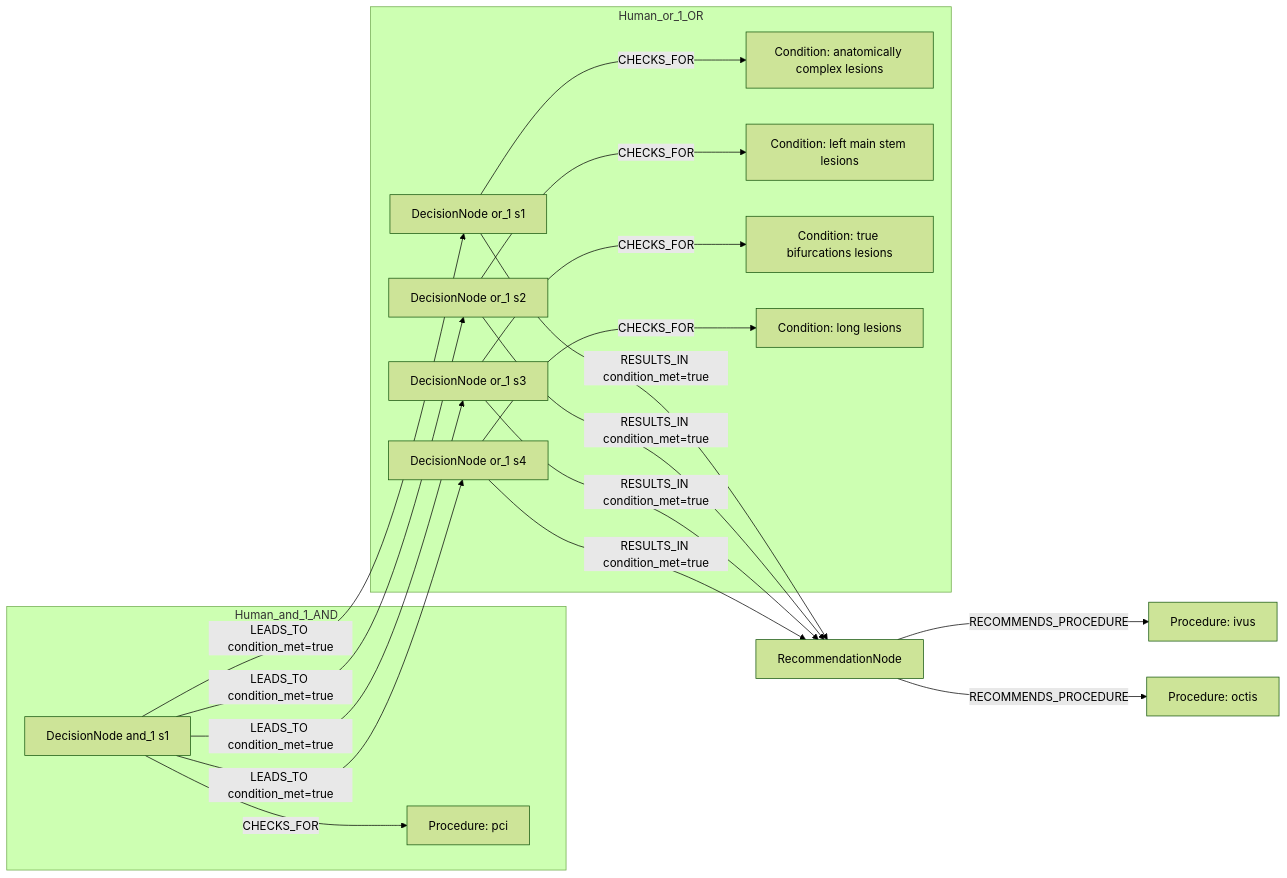
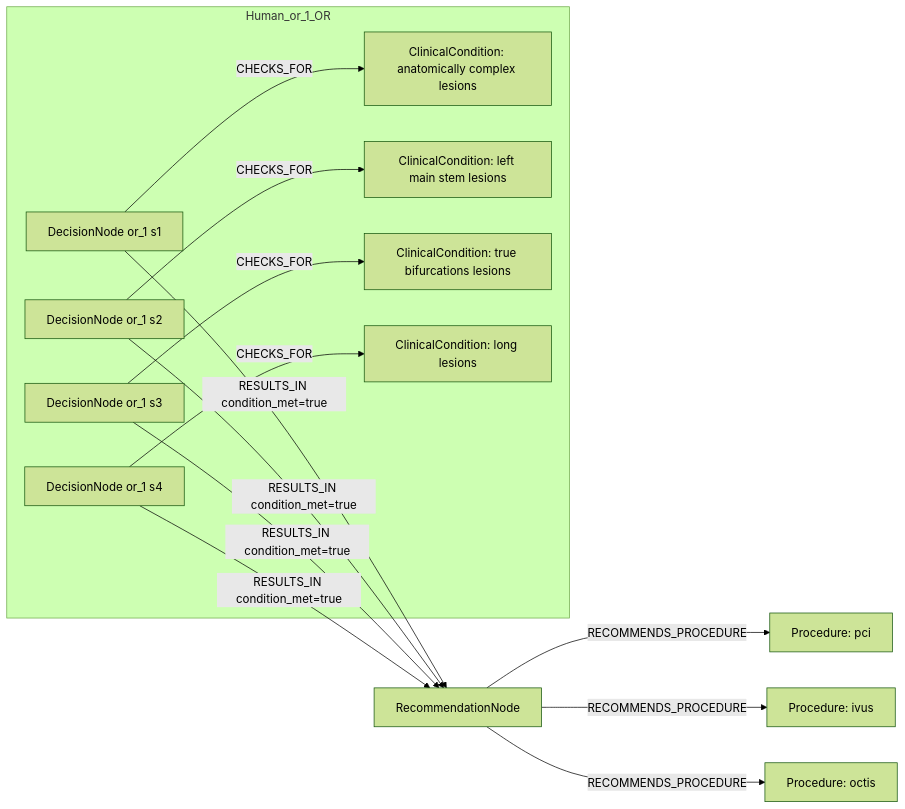
The first of 2 diagrams in docs/table22_rows_comparison/row_16.md (dieterich-lab/CardioGuidelinesGraph), drawn with Mermaid (forest theme) before and after one commit. The commit also changed other lines of this file and 20 other files, not shown here.

````diff
--- a/docs/table22_rows_comparison/row_16.md
+++ b/docs/table22_rows_comparison/row_16.md
@@ -365,35 +373,28 @@
 ```mermaid
 graph LR
   REC[RecommendationNode]
-  ACT1[Procedure: ivus]
+  ACT1[Procedure: pci]
   REC -->|RECOMMENDS_PROCEDURE| ACT1
-  ACT2[Procedure: octis]
+  ACT2[Procedure: ivus]
   REC -->|RECOMMENDS_PROCEDURE| ACT2
-  subgraph Human_and_1_AND
-    D_and_1_1[DecisionNode and_1 s1]
-    C_and_1_1[Procedure: pci]
-    D_and_1_1 -->|CHECKS_FOR| C_and_1_1
-  end
+  ACT3[Procedure: octis]
+  REC -->|RECOMMENDS_PROCEDURE| ACT3
   subgraph Human_or_1_OR
     D_or_1_1[DecisionNode or_1 s1]
-    C_or_1_1[Condition: anatomically complex lesions]
+    C_or_1_1[ClinicalCondition: anatomically complex lesions]
     D_or_1_1 -->|CHECKS_FOR| C_or_1_1
     D_or_1_2[DecisionNode or_1 s2]
-    C_or_1_2[Condition: left main stem lesions]
+    C_or_1_2[ClinicalCondition: left main stem lesions]
     D_or_1_2 -->|CHECKS_FOR| C_or_1_2
     D_or_1_3[DecisionNode or_1 s3]
-    C_or_1_3[Condition: true bifurcations lesions]
+    C_or_1_3[ClinicalCondition: true bifurcations lesions]
     D_or_1_3 -->|CHECKS_FOR| C_or_1_3
     D_or_1_4[DecisionNode or_1 s4]
-    C_or_1_4[Condition: long lesions]
+    C_or_1_4[ClinicalCondition: long lesions]
     D_or_1_4 -->|CHECKS_FOR| C_or_1_4
-    D_and_1_1 -->|LEADS_TO condition_met=true| D_or_1_1
-    D_and_1_1 -->|LEADS_TO condition_met=true| D_or_1_2
-    D_and_1_1 -->|LEADS_TO condition_met=true| D_or_1_3
-    D_and_1_1 -->|LEADS_TO condition_met=true| D_or_1_4
   end
   D_or_1_1 -->|RESULTS_IN condition_met=true| REC
   D_or_1_2 -->|RESULTS_IN condition_met=true| REC
   D_or_1_3 -->|RESULTS_IN condition_met=true| REC
   D_or_1_4 -->|RESULTS_IN condition_met=true| REC
 ```
````
